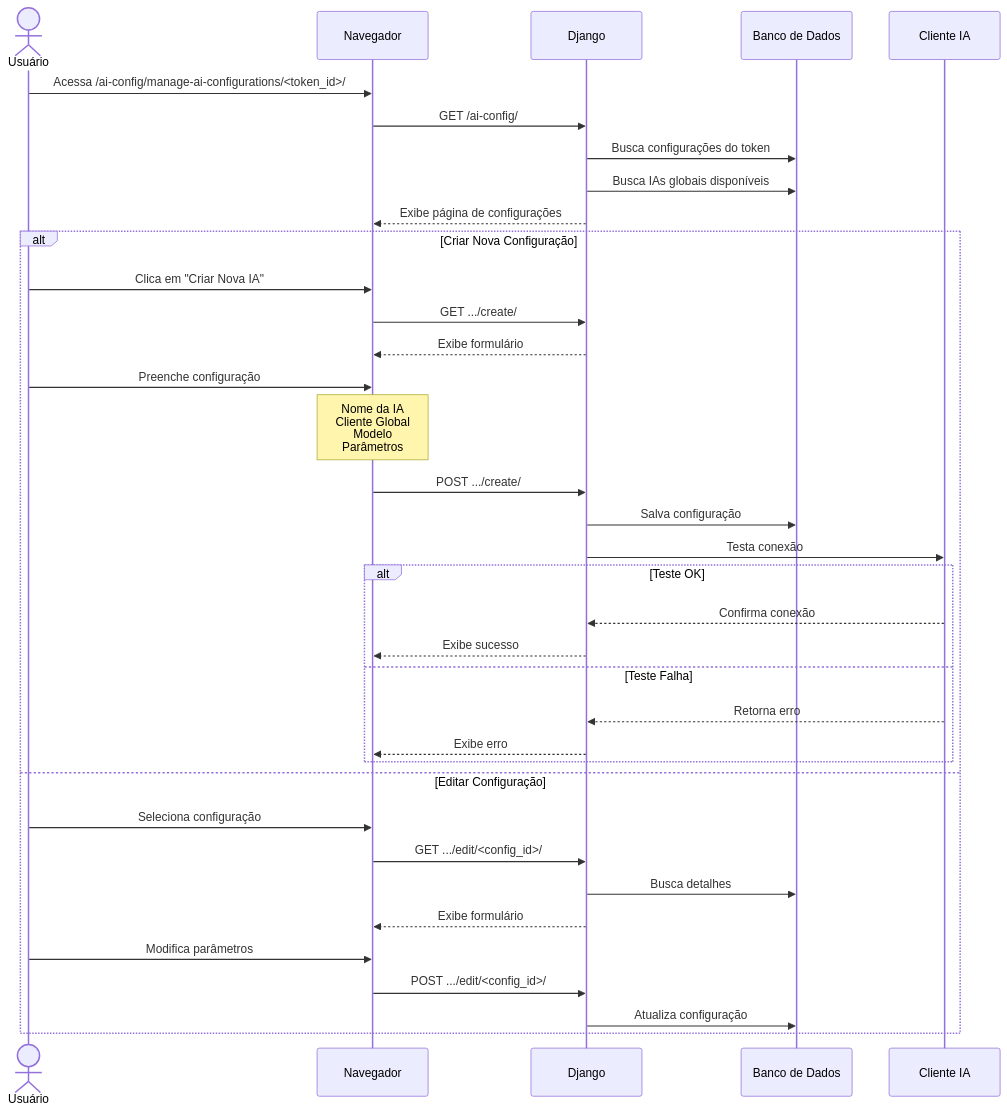
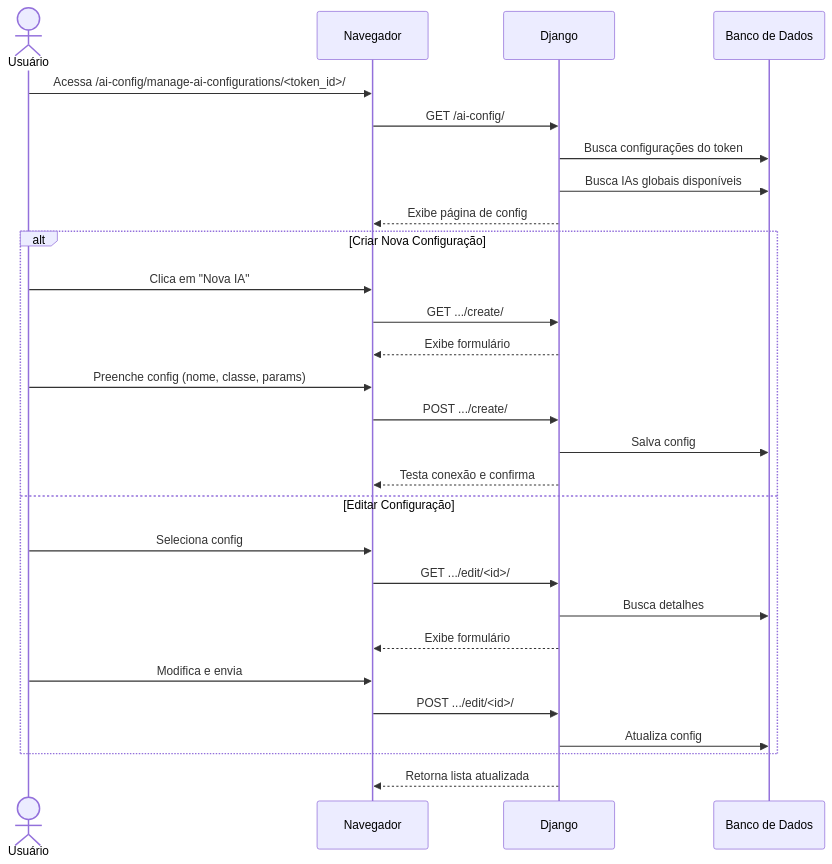
Before and after one commit to diegogrosmann/EnsinaNet.AI: the ninth of 33 diagrams in README.md, drawn with Mermaid. The commit also changed other lines of this file and 52 other files, not shown here.

````diff
--- a/README.md
+++ b/README.md
@@ -743,40 +693,32 @@
 ```mermaid
 sequenceDiagram
     actor U as Usuário
     participant N as Navegador
     participant D as Django
     participant DB as Banco de Dados
-    participant IA as Cliente IA
 
     U->>N: Acessa /ai-config/manage-ai-configurations/<token_id>/
     N->>D: GET /ai-config/
     D->>DB: Busca configurações do token
     D->>DB: Busca IAs globais disponíveis
-    D-->>N: Exibe página de configurações
+    D-->>N: Exibe página de config
 
     alt Criar Nova Configuração
-        U->>N: Clica em "Criar Nova IA"
+        U->>N: Clica em "Nova IA"
         N->>D: GET .../create/
         D-->>N: Exibe formulário
-        U->>N: Preenche configuração
-        Note over N: Nome da IA<br>Cliente Global<br>Modelo<br>Parâmetros
+        U->>N: Preenche config (nome, classe, params)
         N->>D: POST .../create/
-        D->>DB: Salva configuração
-        D->>IA: Testa conexão
-        alt Teste OK
-            IA-->>D: Confirma conexão
-            D-->>N: Exibe sucesso
-        else Teste Falha
-            IA-->>D: Retorna erro
-            D-->>N: Exibe erro
-        end
+        D->>DB: Salva config
+        D-->>N: Testa conexão e confirma
     else Editar Configuração
-        U->>N: Seleciona configuração
-        N->>D: GET .../edit/<config_id>/
+        U->>N: Seleciona config
+        N->>D: GET .../edit/<id>/
         D->>DB: Busca detalhes
         D-->>N: Exibe formulário
-        U->>N: Modifica parâmetros
-        N->>D: POST .../edit/<config_id>/
-        D->>DB: Atualiza configuração
+        U->>N: Modifica e envia
+        N->>D: POST .../edit/<id>/
+        D->>DB: Atualiza config
     end
+    D-->>N: Retorna lista atualizada
 ```
````
